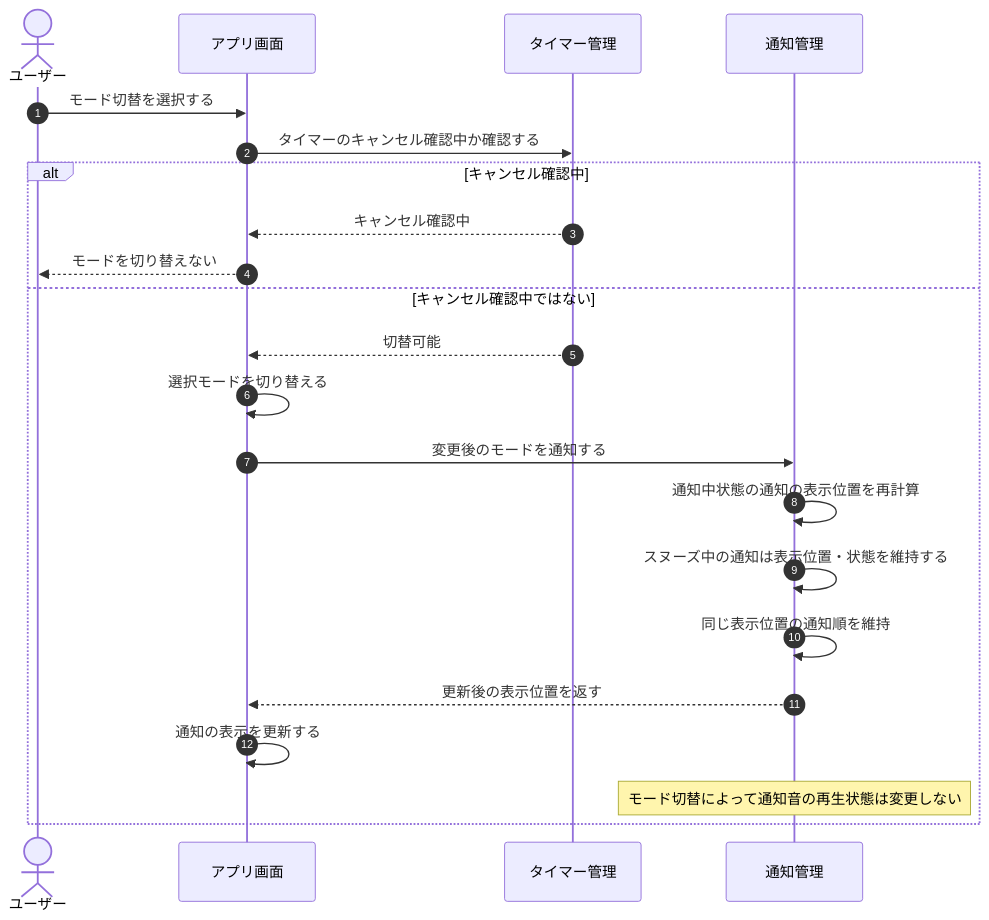
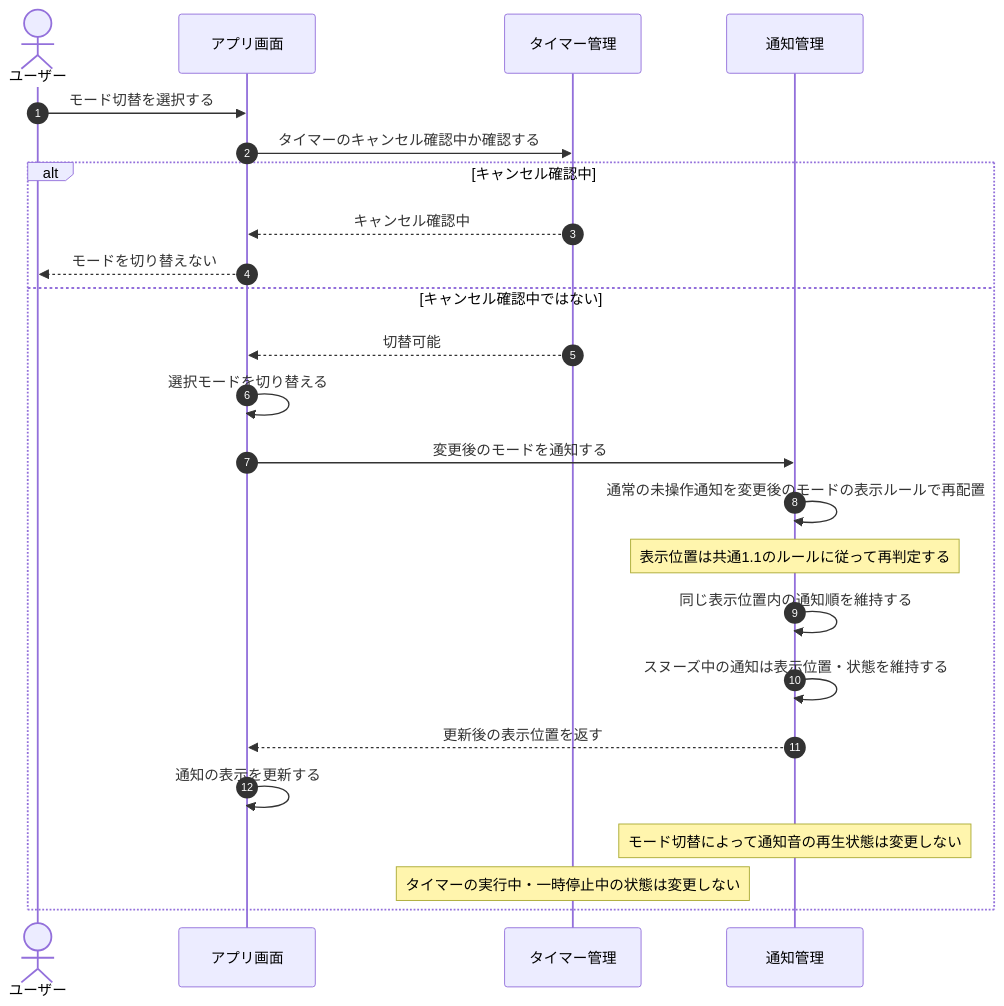
One commit to shun62201234-crypto/timerApplication changed the sixth of 7 diagrams in document/設計/シーケンス図/共通シーケンス図.md. Above: the diagram before and after it, drawn with Mermaid. The commit also changed other lines of this file and 2 other files, not shown here.

First line of the commit message:
シーケンス図を修正（共通・アラーム・タイマー）

````diff
--- a/document/設計/シーケンス図/共通シーケンス図.md
+++ b/document/設計/シーケンス図/共通シーケンス図.md
@@ -198,29 +197,31 @@
 ```mermaid
 sequenceDiagram
     autonumber
     actor User as ユーザー
     participant UI as アプリ画面
     participant Timer as タイマー管理
     participant Notify as 通知管理
 
     User->>UI: モード切替を選択する
     UI->>Timer: タイマーのキャンセル確認中か確認する
 
     alt キャンセル確認中
         Timer-->>UI: キャンセル確認中
         UI-->>User: モードを切り替えない
 
     else キャンセル確認中ではない
         Timer-->>UI: 切替可能
         UI->>UI: 選択モードを切り替える
         UI->>Notify: 変更後のモードを通知する
 
-        Notify->>Notify: 通知中状態の通知の表示位置を再計算
+        Notify->>Notify: 通常の未操作通知を変更後のモードの表示ルールで再配置
+        Note over Notify: 表示位置は共通1.1のルールに従って再判定する
+        Notify->>Notify: 同じ表示位置内の通知順を維持する
         Notify->>Notify: スヌーズ中の通知は表示位置・状態を維持する
-        Notify->>Notify: 同じ表示位置の通知順を維持
         Notify-->>UI: 更新後の表示位置を返す
         UI->>UI: 通知の表示を更新する
 
         Note over Notify: モード切替によって通知音の再生状態は変更しない
+        Note over Timer: タイマーの実行中・一時停止中の状態は変更しない
     end
 ```
````
